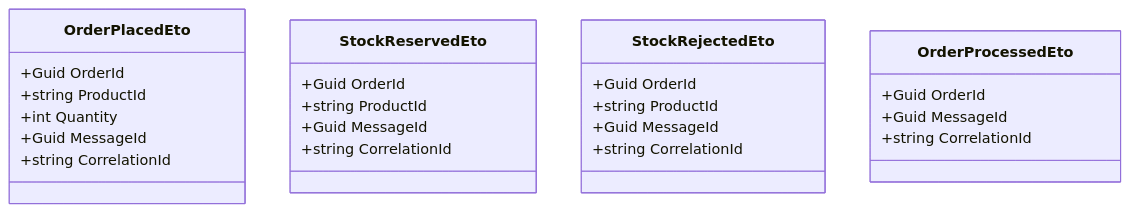
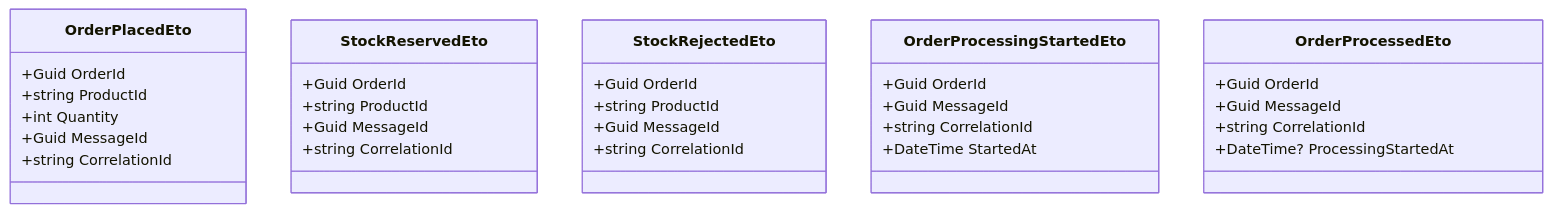
One commit to VuTanMinh/flash-sale-microservices changed the third of 3 diagrams in docs/class-diagram.md. Above: the diagram before and after it, drawn with Mermaid. The commit also changed other lines of this file and 54 other files, not shown here.

Commit message:
feat: six-state order model with the OrderProcessingStarted event and per-order status history (Seq-ordered, implied step clamped); TP-P02 verifier; regressions and figures updated (Week 11 Processing/history box)

````diff
--- a/docs/class-diagram.md
+++ b/docs/class-diagram.md
@@ -79,27 +92,34 @@
 ```mermaid
 classDiagram
     class OrderPlacedEto {
         +Guid OrderId
         +string ProductId
         +int Quantity
         +Guid MessageId
         +string CorrelationId
     }
     class StockReservedEto {
         +Guid OrderId
         +string ProductId
         +Guid MessageId
         +string CorrelationId
     }
     class StockRejectedEto {
         +Guid OrderId
         +string ProductId
         +Guid MessageId
         +string CorrelationId
     }
+    class OrderProcessingStartedEto {
+        +Guid OrderId
+        +Guid MessageId
+        +string CorrelationId
+        +DateTime StartedAt
+    }
     class OrderProcessedEto {
         +Guid OrderId
         +Guid MessageId
         +string CorrelationId
+        +DateTime? ProcessingStartedAt
     }
 ```
````
